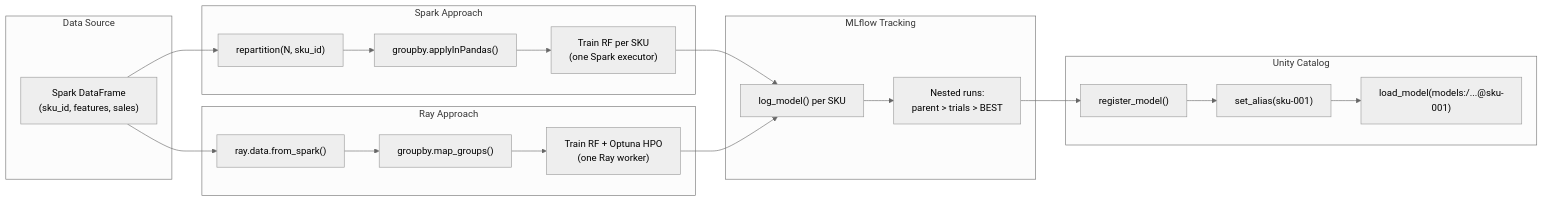
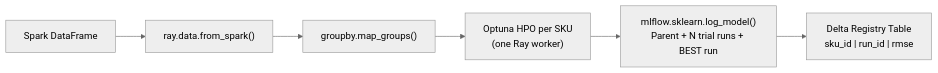
One commit to natefleming/mlflow-multi-model changed the second of 11 diagrams in README.md. Above: the diagram before and after it, drawn with Mermaid (neutral theme). The commit also changed other lines of this file, not shown here.

````diff
--- a/README.md
+++ b/README.md
@@ -17,33 +37,8 @@
 ```mermaid
 flowchart LR
-  subgraph input [Data Source]
-    SparkDF["Spark DataFrame\n(sku_id, features, sales)"]
-  end
-
-  subgraph sparkPath [Spark Approach]
-    Repart["repartition(N, sku_id)"]
-    ApplyPd["groupby.applyInPandas()"]
-    TrainSpark["Train RF per SKU\n(one Spark executor)"]
-  end
-
-  subgraph rayPath [Ray Approach]
-    FromSpark["ray.data.from_spark()"]
-    MapGroups["groupby.map_groups()"]
-    TrainRay["Train RF + Optuna HPO\n(one Ray worker)"]
-  end
-
-  subgraph tracking [MLflow Tracking]
-    LogModel["log_model() per SKU"]
-    Nested["Nested runs:\nparent > trials > BEST"]
-  end
-
-  subgraph registry [Unity Catalog]
-    Register["register_model()"]
-    Alias["set_alias(sku-001)"]
-    Inference["load_model(models:/...@sku-001)"]
-  end
-
-  SparkDF --> Repart --> ApplyPd --> TrainSpark --> LogModel
-  SparkDF --> FromSpark --> MapGroups --> TrainRay --> LogModel
-  LogModel --> Nested --> Register --> Alias --> Inference
+  SparkDF["Spark DataFrame"] --> FromSpark["ray.data.from_spark()"]
+  FromSpark --> MapGroups["groupby.map_groups()"]
+  MapGroups --> TrainRay["Optuna HPO per SKU\n(one Ray worker)"]
+  TrainRay --> LogRay["mlflow.sklearn.log_model()\nParent + N trial runs + BEST run"]
+  LogRay --> RegTable["Delta Registry Table\nsku_id | run_id | rmse"]
 ```
````
